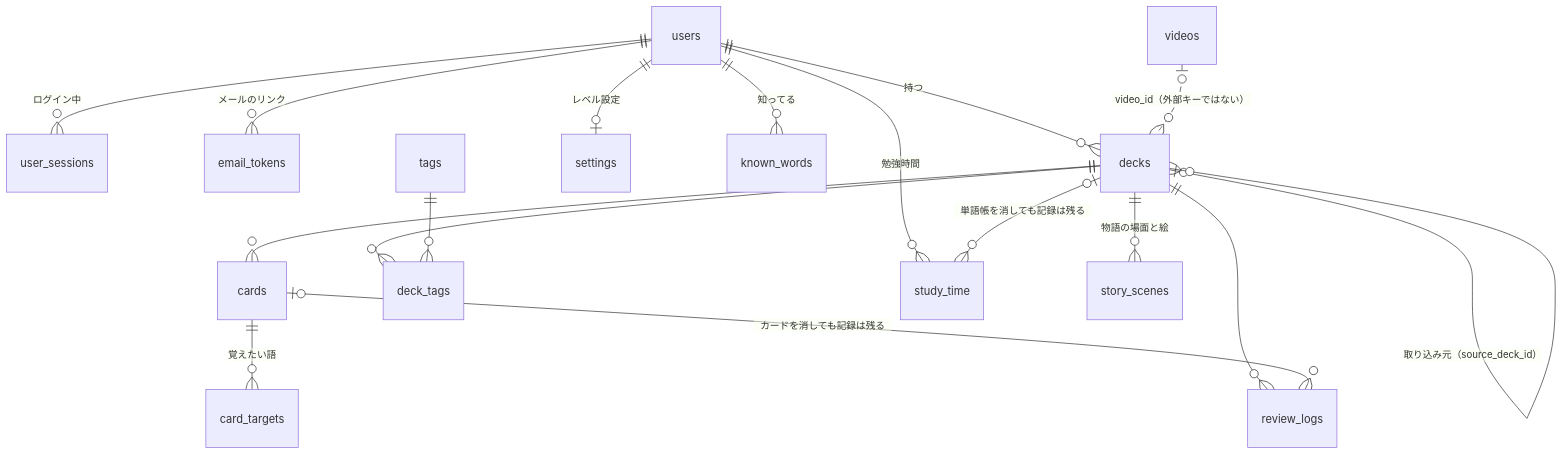
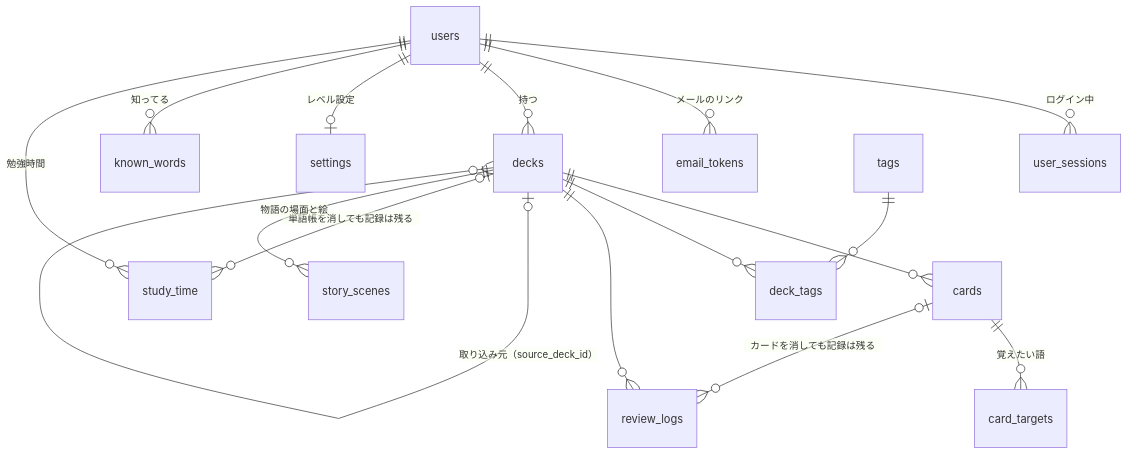
The diagram in docs/data-model.md (keizoku/flashcard-app), drawn with Mermaid before and after one commit. The commit also changed other lines of this file and 22 other files, not shown here.

````diff
--- a/docs/data-model.md
+++ b/docs/data-model.md
@@ -8,19 +8,18 @@
 ```mermaid
 erDiagram
   users ||--o{ user_sessions : "ログイン中"
   users ||--o{ email_tokens : "メールのリンク"
   users ||--o{ decks : "持つ"
   users ||--o| settings : "レベル設定"
   users ||--o{ known_words : "知ってる"
   decks ||--o{ cards : ""
   decks ||--o{ deck_tags : ""
   tags  ||--o{ deck_tags : ""
   cards ||--o{ card_targets : "覚えたい語"
   decks ||--o{ review_logs : ""
   cards |o--o{ review_logs : "カードを消しても記録は残る"
   decks |o--o{ decks : "取り込み元（source_deck_id）"
-  videos |o..o{ decks : "video_id（外部キーではない）"
   users ||--o{ study_time : "勉強時間"
   decks |o--o{ study_time : "単語帳を消しても記録は残る"
   decks ||--o{ story_scenes : "物語の場面と絵"
 ```
````
